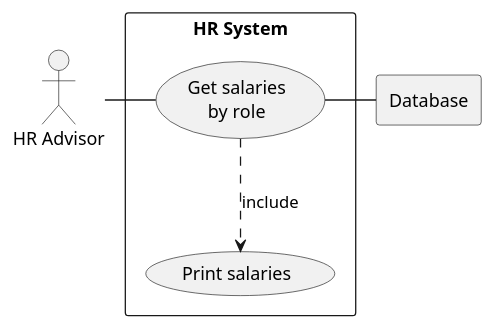
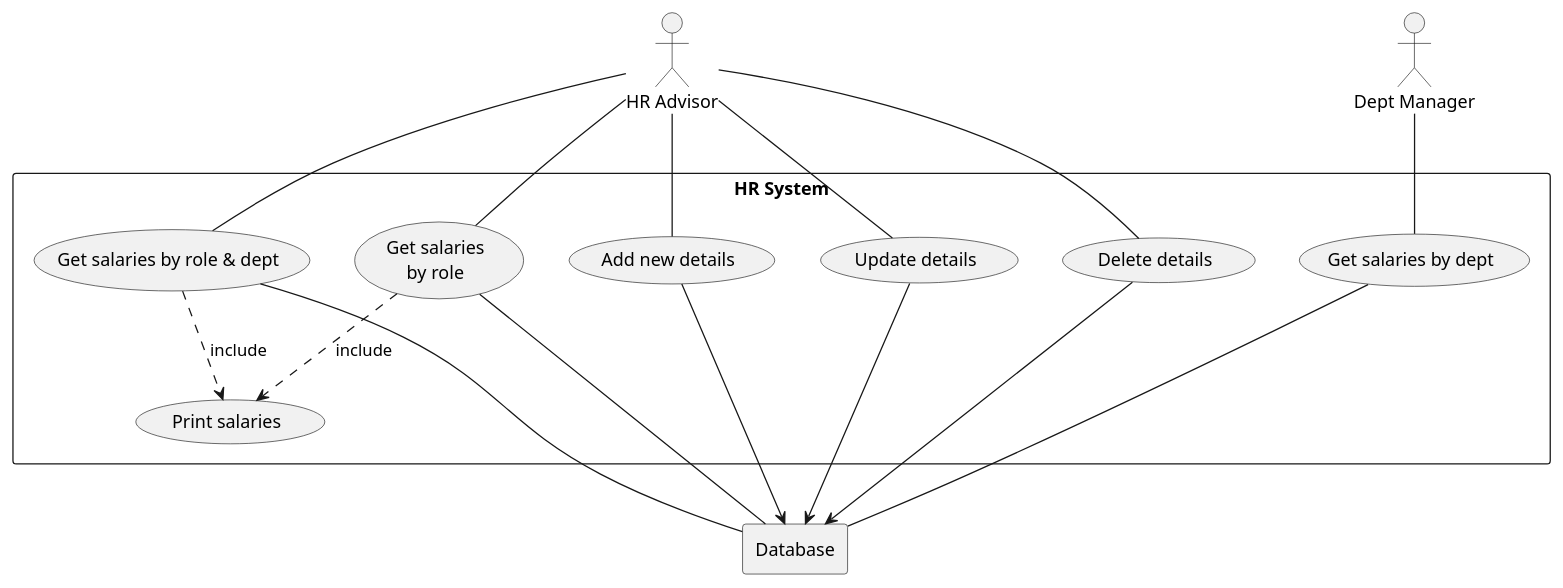
Before and after one commit to SEM-Group13/SEM_Coursework_Group13: the diagram in use-cases/HR System.puml, drawn with PlantUML.

Commit message:
Added usecase diagram

```diff
--- a/use-cases/HR System.puml
+++ b/use-cases/HR System.puml
@@ -1,18 +1,43 @@
 @startuml
 
 actor HR as "HR Advisor"
+actor DM as "Dept Manager"
 
 rectangle Database
 
 rectangle "HR System" {
     usecase UC4 as "Get salaries
     by role"
 
     usecase UCa as "Print salaries"
 
-    HR - UC4
+    HR -- UC4
     UC4 ..> UCa : include
-    UC4 - Database
+    UC4 --- Database
+
+    usecase UC5 as "Get salaries by role & dept"
+    HR - UC5
+        UC5 ..> UCa : include
+        UC5 - Database
+
+
+    usecase UC6 as "Get salaries by dept"
+    DM -- UC6
+
+        UC6 - Database
+
+    usecase UC7 as "Add new details"
+    HR - UC7
+        UC7 -> Database
+
+    usecase UC8 as "Update details"
+    HR - UC8
+        UC8 -> Database
+
+    usecase UC9 as "Delete details"
+        HR - UC9
+            UC9 -> Database
+
 }
 
 @enduml
```
